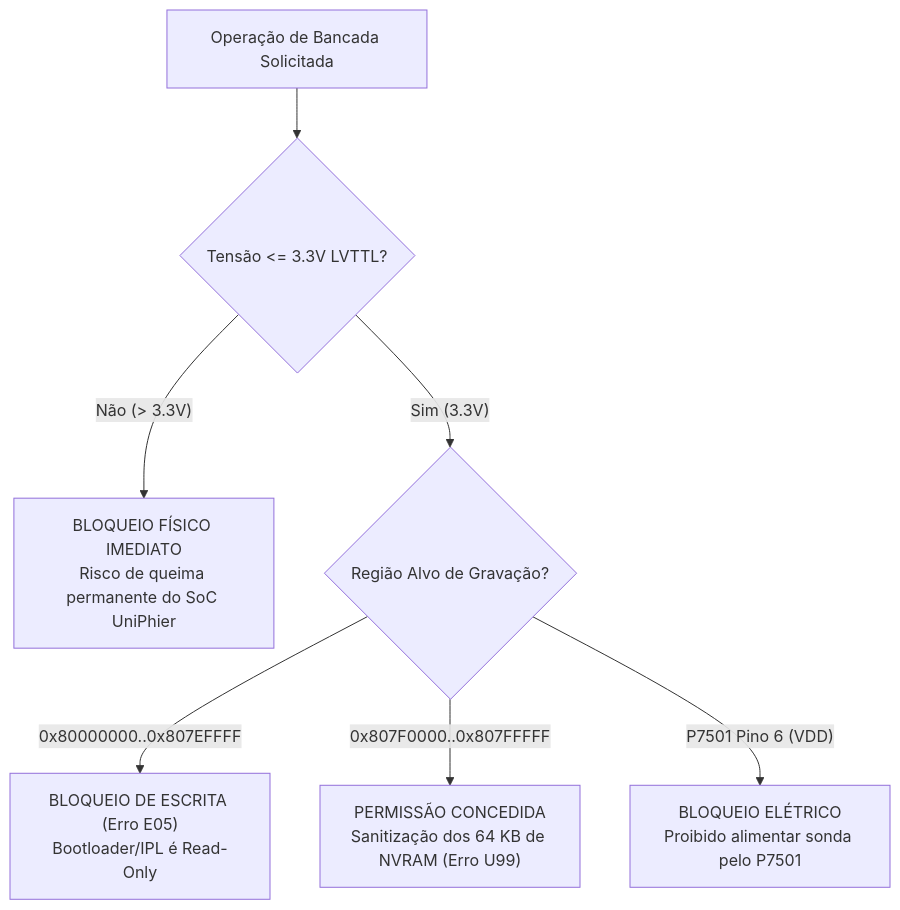
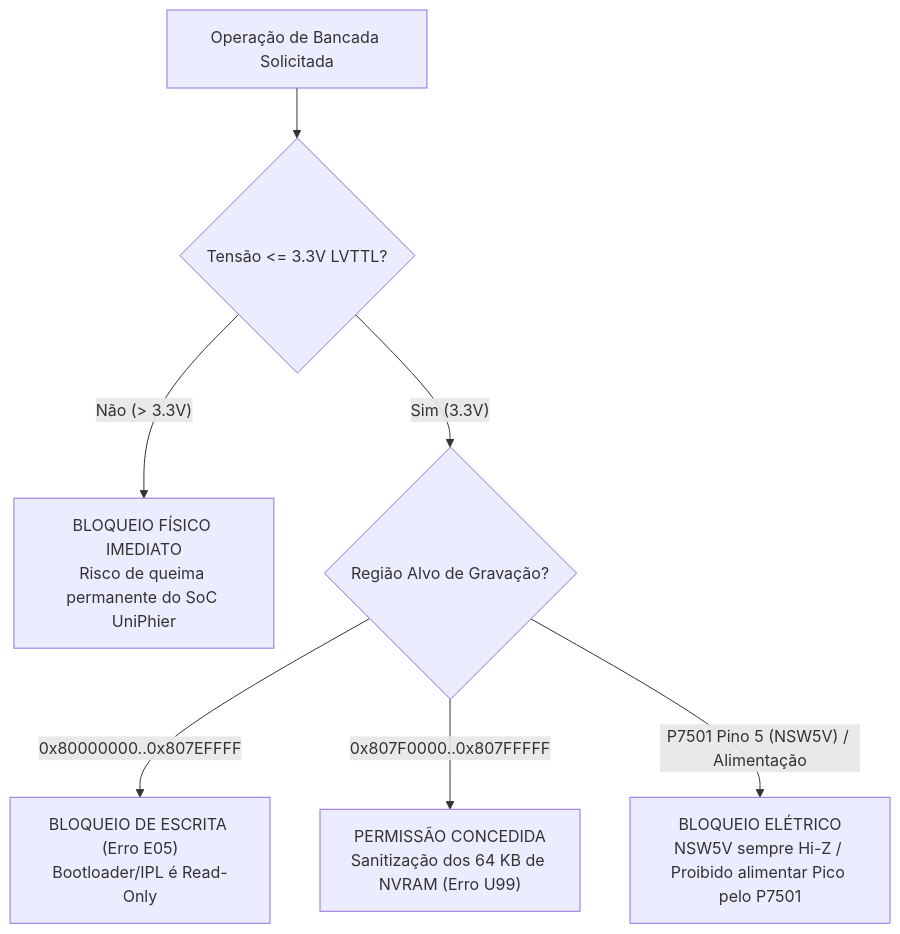
One commit to danielchrono/Panadiga changed the second of 2 diagrams in docs/pt-BR/ARQUITETURA_E_BLUEPRINT_DE_ENGENHARIA.md. Above: the diagram before and after it, drawn with Mermaid. The commit also changed other lines of this file and 775 other files, not shown here.

````diff
--- a/docs/pt-BR/ARQUITETURA_E_BLUEPRINT_DE_ENGENHARIA.md
+++ b/docs/pt-BR/ARQUITETURA_E_BLUEPRINT_DE_ENGENHARIA.md
@@ -123,10 +123,10 @@
 ```mermaid
 graph TD
     REQ["Operação de Bancada Solicitada"] --> CHECK_V{"Tensão <= 3.3V LVTTL?"}
     CHECK_V -- "Não (> 3.3V)" --> ABORT_V["BLOQUEIO FÍSICO IMEDIATO<br/>Risco de queima permanente do SoC UniPhier"]
     CHECK_V -- "Sim (3.3V)" --> CHECK_REG{"Região Alvo de Gravação?"}
     
     CHECK_REG -- "0x80000000..0x807EFFFF" --> ABORT_BOOT["BLOQUEIO DE ESCRITA (Erro E05)<br/>Bootloader/IPL é Read-Only"]
     CHECK_REG -- "0x807F0000..0x807FFFFF" --> ALLOW_NVRAM["PERMISSÃO CONCEDIDA<br/>Sanitização dos 64 KB de NVRAM (Erro U99)"]
-    CHECK_REG -- "P7501 Pino 6 (VDD)" --> ABORT_PWR["BLOQUEIO ELÉTRICO<br/>Proibido alimentar sonda pelo P7501"]
+    CHECK_REG -- "P7501 Pino 5 (NSW5V) / Alimentação" --> ABORT_PWR["BLOQUEIO ELÉTRICO<br/>NSW5V sempre Hi-Z / Proibido alimentar Pico pelo P7501"]
 ```
````
